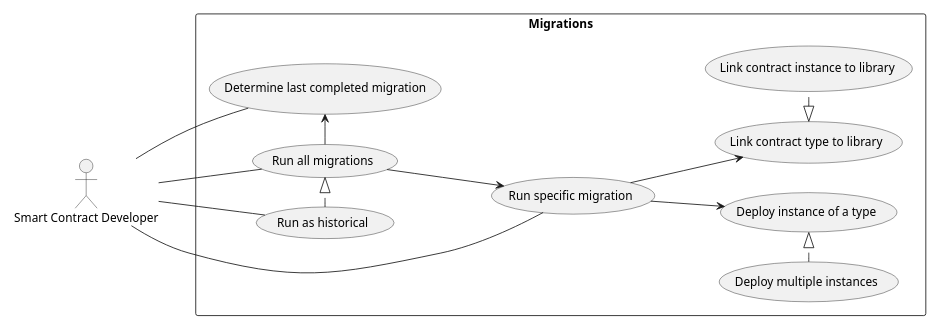
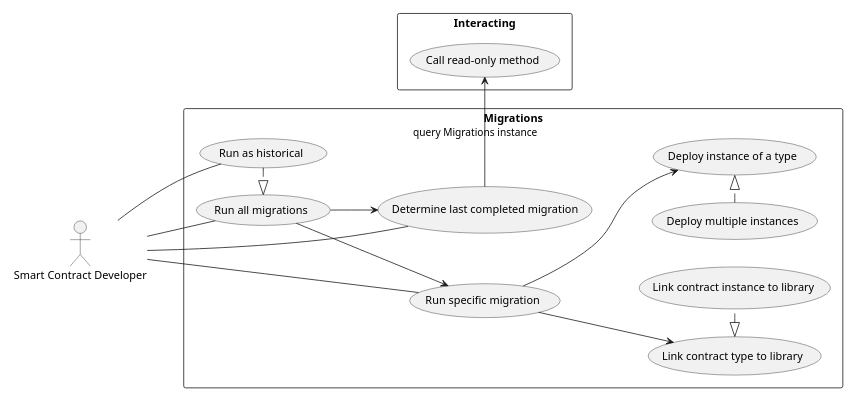
The sixth of 7 diagrams in docs/use-cases.rst (trufflesuite/artifact-updates), drawn with PlantUML before and after one commit. The commit also changed other lines of this file and 2 other files, not shown here.

```diff
--- a/docs/use-cases.rst
+++ b/docs/use-cases.rst
@@ -37,37 +294,43 @@
 .. uml::
 
-  scale 0.65
+  scale 0.60
   left to right direction
 
   :Smart Contract Developer: as :Developer:
+
+  rectangle Interacting {
+    (Call read-only method) as (Call)
+  }
 
   rectangle Migrations {
     (Run all migrations) as (RunMigrations)
     (Run specific migration) as (RunSpecific)
 
     RunMigrations --> RunSpecific
 
     (Run as historical) as (RunHistorical)
     RunHistorical .|> RunMigrations
 
     (Determine last completed migration) as (DetermineLastCompleted)
 
-    RunMigrations -right-> DetermineLastCompleted
+    DetermineLastCompleted -> Call : query Migrations instance
+
+    RunMigrations --> DetermineLastCompleted
 
     (Link contract type to library) as (LinkType)
     (Link contract instance to library) as (LinkInstance)
     LinkInstance .left.|> LinkType
 
     RunSpecific --> LinkType
 
     (Deploy instance of a type) as (DeployInstance)
     (Deploy multiple instances) as (MultipleInstances)
     MultipleInstances .|> DeployInstance
 
     RunSpecific --> DeployInstance
   }
 
   Developer -- RunMigrations
   Developer -- RunSpecific
   Developer -- RunHistorical
   Developer -- DetermineLastCompleted
```
